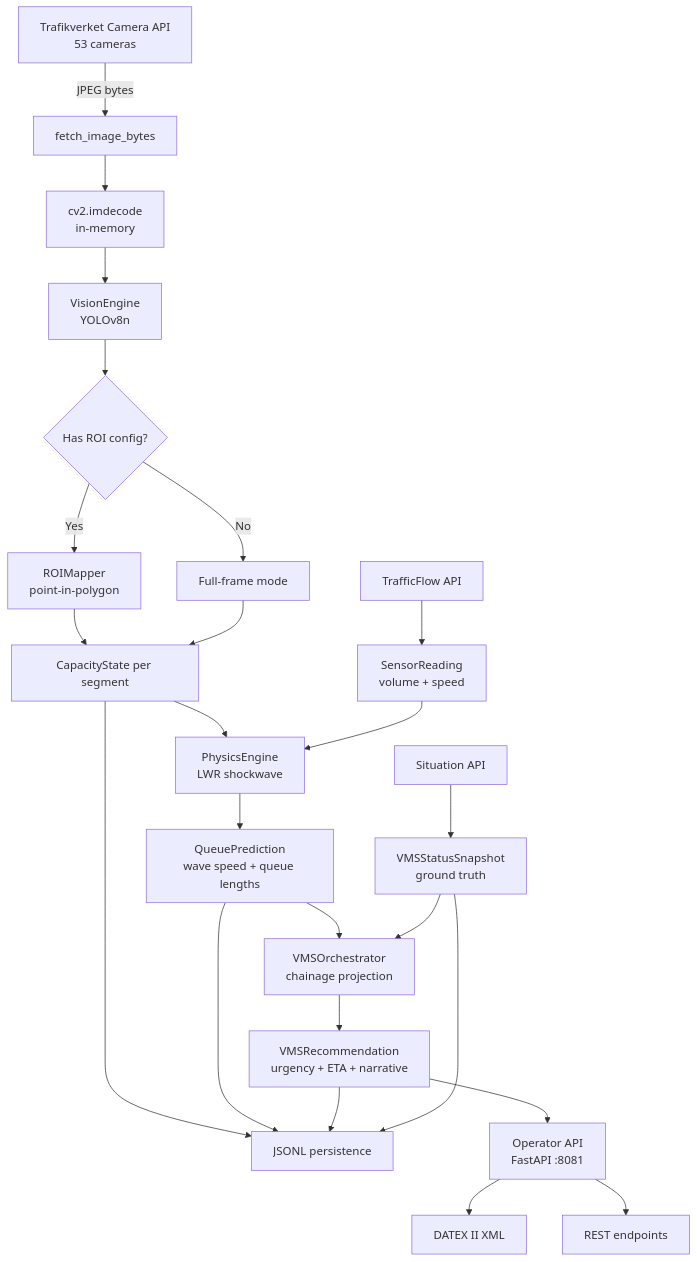
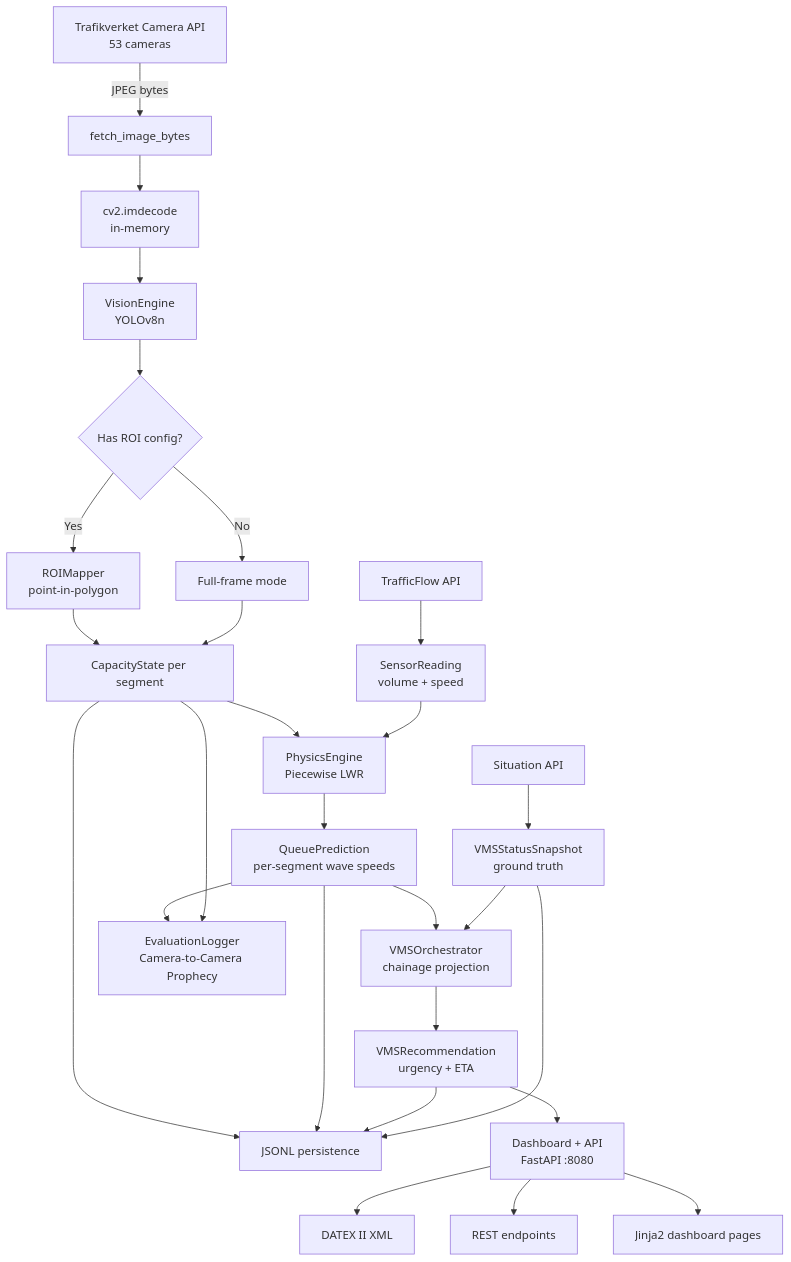
One commit to ckielberg-stack/Proactive-Traffic-Routing-Engine changed the diagram in docs/handoff.md. Above: the diagram before and after it, drawn with Mermaid. The commit also changed other lines of this file and 4 other files, not shown here.

````diff
--- a/docs/handoff.md
+++ b/docs/handoff.md
@@ -209,31 +371,34 @@
 ```mermaid
 flowchart TD
     A[Trafikverket Camera API<br/>53 cameras] -->|JPEG bytes| B[fetch_image_bytes]
     B --> C[cv2.imdecode<br/>in-memory]
     C --> D[VisionEngine<br/>YOLOv8n]
     D --> E{Has ROI config?}
     E -->|Yes| F[ROIMapper<br/>point-in-polygon]
     E -->|No| G[Full-frame mode]
     F --> H[CapacityState per segment]
     G --> H
 
     I[TrafficFlow API] --> J[SensorReading<br/>volume + speed]
     K[Situation API] --> L[VMSStatusSnapshot<br/>ground truth]
 
-    H --> M[PhysicsEngine<br/>LWR shockwave]
+    H --> M[PhysicsEngine<br/>Piecewise LWR]
     J --> M
-    M --> N[QueuePrediction<br/>wave speed + queue lengths]
-
+    M --> N[QueuePrediction<br/>per-segment wave speeds]
     N --> O[VMSOrchestrator<br/>chainage projection]
     L --> O
-    O --> P[VMSRecommendation<br/>urgency + ETA + narrative]
+    O --> P[VMSRecommendation<br/>urgency + ETA]
+
+    N --> V[EvaluationLogger<br/>Camera-to-Camera Prophecy]
+    H --> V
 
     H --> Q[JSONL persistence]
     N --> Q
     P --> Q
     L --> Q
 
-    P --> R[Operator API<br/>FastAPI :8081]
+    P --> R[Dashboard + API<br/>FastAPI :8080]
     R --> S[DATEX II XML]
     R --> T[REST endpoints]
+    R --> U[Jinja2 dashboard pages]
 ```
````
